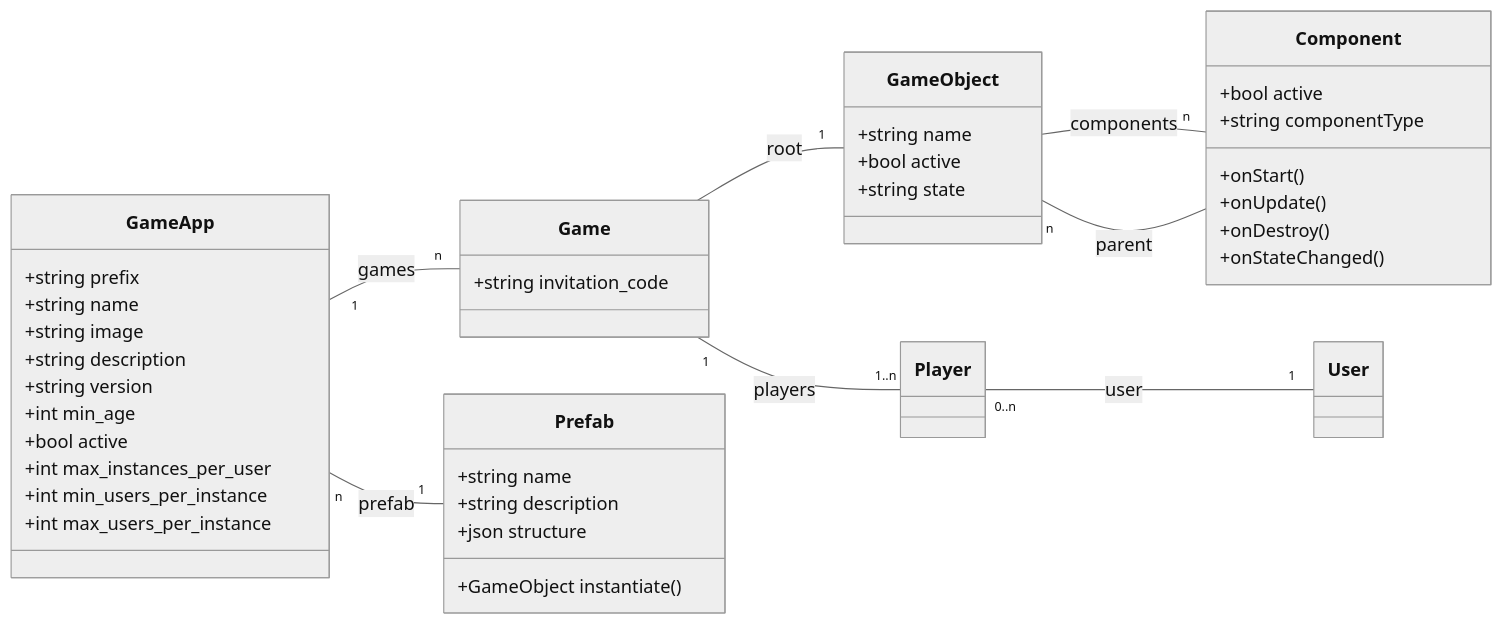
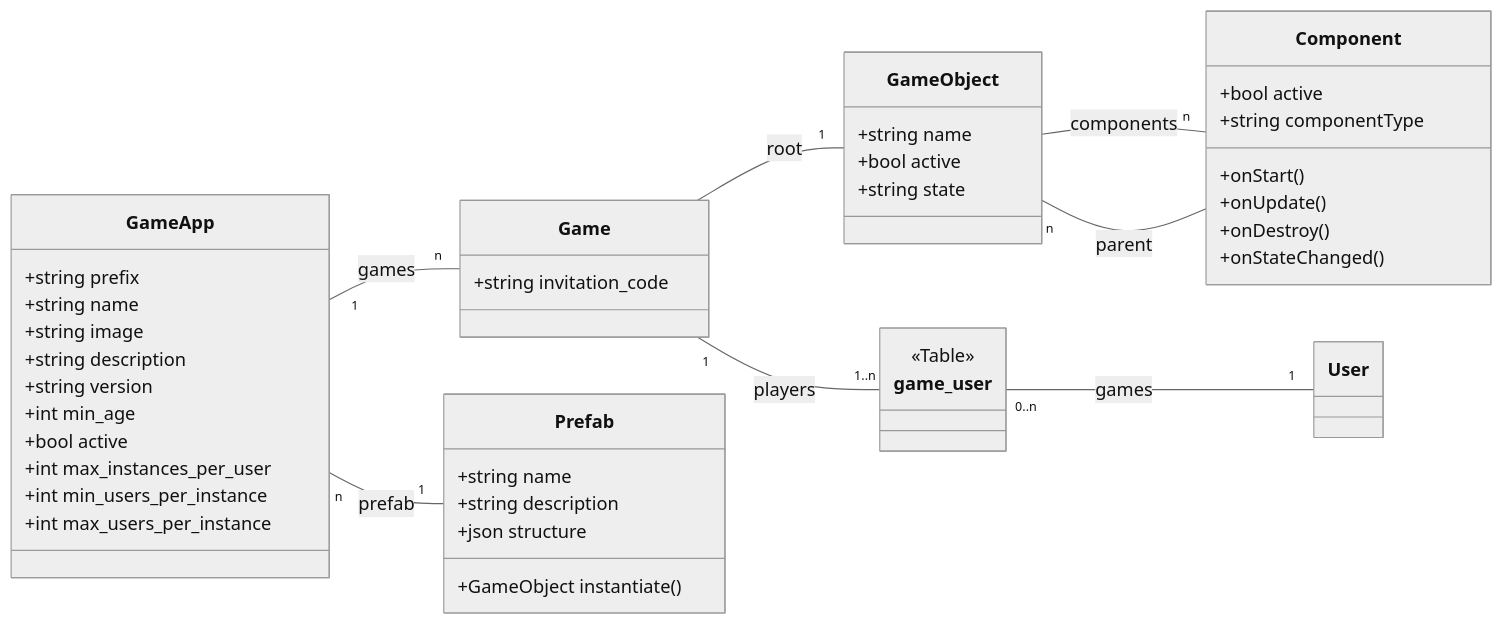
One commit to eormeno/base-project changed the diagram in docs/class_diagrams.md. Above: the diagram before and after it, drawn with Mermaid (neutral theme). The commit also changed 3 other files, not shown here.

````diff
--- a/docs/class_diagrams.md
+++ b/docs/class_diagrams.md
@@ -3,49 +3,50 @@
 ```mermaid
 classDiagram
     direction LR
     class User {
     }
     class GameApp {
         +string prefix
         +string name
         +string image
         +string description
         +string version
         +int min_age
         +bool active
         +int max_instances_per_user
         +int min_users_per_instance
         +int max_users_per_instance
     }
     class Game {
         +string invitation_code
     }
-    class Player {
+    class game_user {
+        <<Table>>
     }
     class Prefab {
         +string name
         +string description
         +json structure
         +GameObject instantiate()
     }
     class GameObject {
         +string name
         +bool active
         +string state
     }
     class Component {
         +bool active
         +string componentType
         +onStart()
         +onUpdate()
         +onDestroy()
         +onStateChanged()
     }
     Game -- "1" GameObject : root
     GameObject -- "n" Component : components
     Component -- "n" GameObject : parent
     GameApp "1" -- "n" Game : games
-    Game "1" -- "1..n" Player : players
+    Game "1" -- "1..n" game_user : players
     GameApp "n" -- "1" Prefab : prefab
-    Player "0..n" -- "1" User : user
+    game_user "0..n" -- "1" User : games
 ```
````
